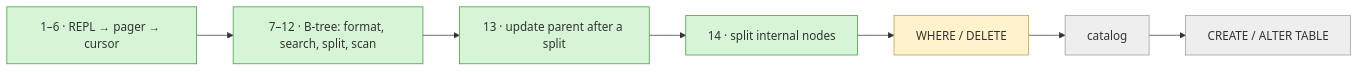
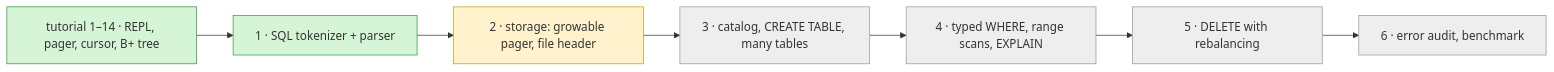
One commit to Rohitangshu2026/mini-sql changed diagram 20 of 20 in README.md. Above: the diagram before and after it, drawn with Mermaid. The commit also changed other lines of this file, not shown here.

First line of the commit message:
docs: describe the SQL front end in the README

````diff
--- a/README.md
+++ b/README.md
@@ -1028,17 +1122,17 @@
 ```mermaid
 flowchart LR
-    A["1–6 · REPL → pager → cursor"] --> B["7–12 · B-tree: format, search, split, scan"]
-    B --> C["13 · update parent after a split"]
-    C --> D["14 · split internal nodes"]
-    D --> E["WHERE / DELETE"]
-    E --> F["catalog"]
-    F --> G["CREATE / ALTER TABLE"]
+    A["tutorial 1–14 · REPL, pager, cursor, B+ tree"] --> S1["1 · SQL tokenizer + parser"]
+    S1 --> S2["2 · storage: growable pager, file header"]
+    S2 --> S3["3 · catalog, CREATE TABLE, many tables"]
+    S3 --> S4["4 · typed WHERE, range scans, EXPLAIN"]
+    S4 --> S5["5 · DELETE with rebalancing"]
+    S5 --> S6["6 · error audit, benchmark"]
 
     classDef done fill:#d6f5d6,stroke:#3a9a3a;
     classDef now fill:#fff2cc,stroke:#bba12a;
     classDef todo fill:#eeeeee,stroke:#999999;
 
-    class A,B,C,D done;
-    class E now;
-    class F,G todo;
+    class A,S1 done;
+    class S2 now;
+    class S3,S4,S5,S6 todo;
 ```
````
